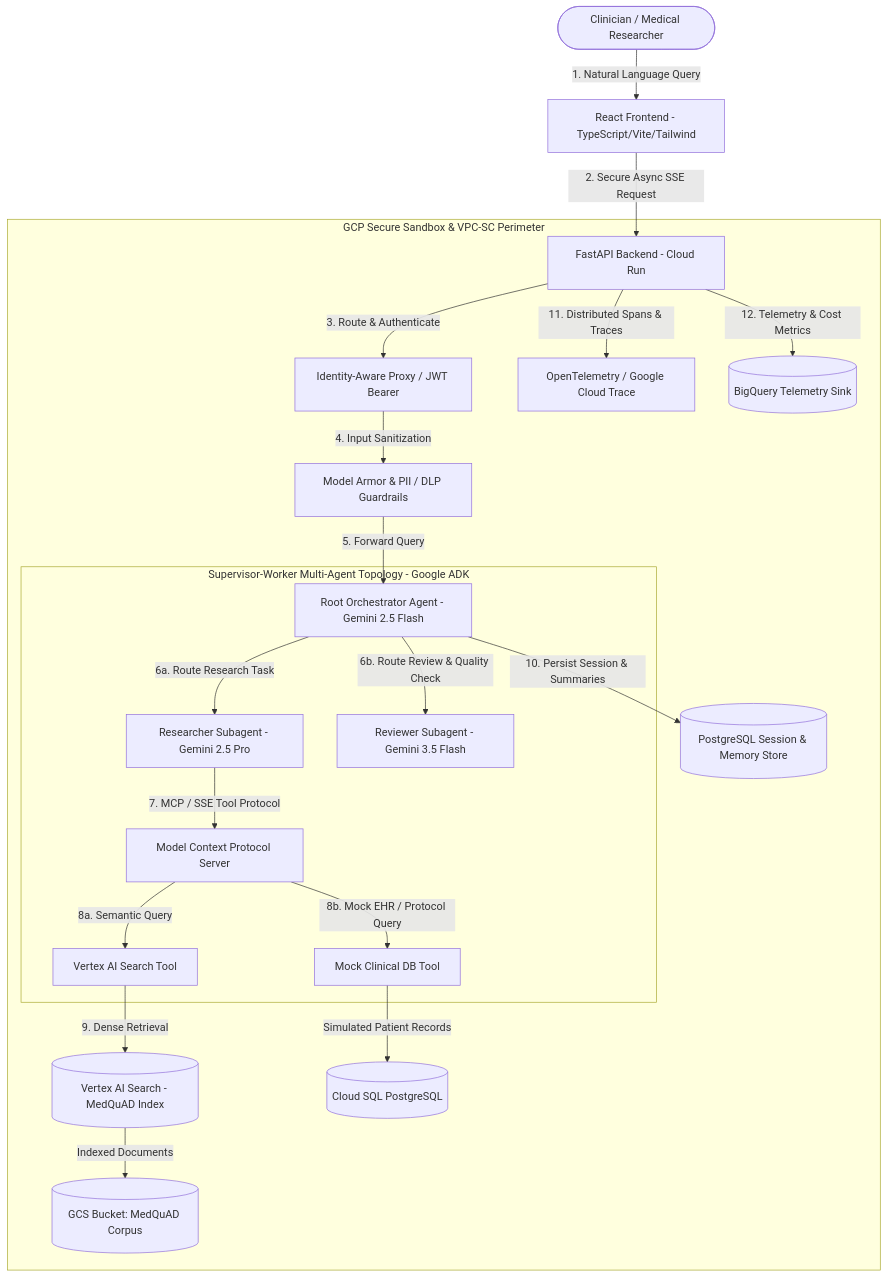
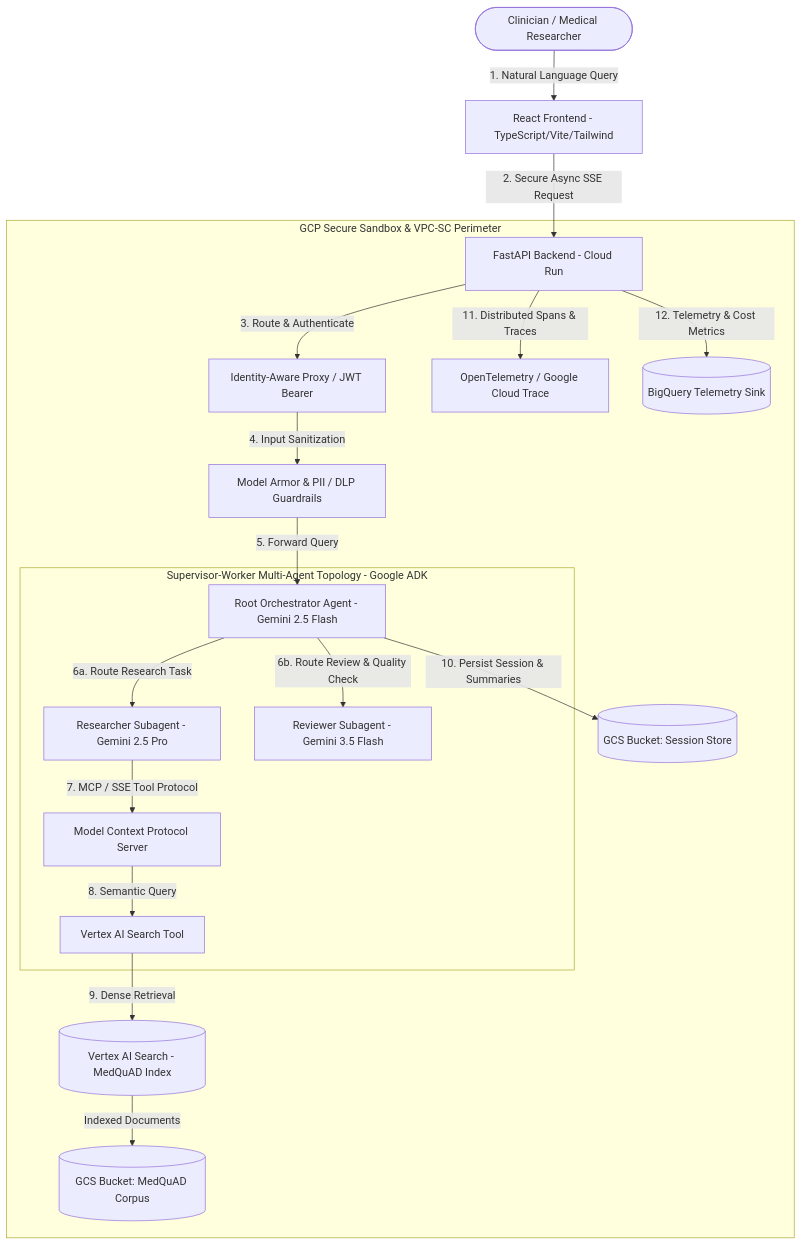
One commit to asadpatel-work/asadpatel-medquad changed the first of 4 diagrams in docs/architecture.md. Above: the diagram before and after it, drawn with Mermaid. The commit also changed other lines of this file and 36 other files, not shown here.

First line of the commit message:
feat(agents): natively integrate Google ADK and align architecture with MedQuAD corpus

````diff
--- a/docs/architecture.md
+++ b/docs/architecture.md
@@ -15,28 +15,26 @@
 ```mermaid
 graph TD
     User([Clinician / Medical Researcher]) -->|1. Natural Language Query| FE[React Frontend - TypeScript/Vite/Tailwind]
     FE -->|2. Secure Async SSE Request| BE[FastAPI Backend - Cloud Run]
     
     subgraph SecurityPerimeter [GCP Secure Sandbox & VPC-SC Perimeter]
         BE -->|3. Route & Authenticate| IAP[Identity-Aware Proxy / JWT Bearer]
         IAP -->|4. Input Sanitization| MA[Model Armor & PII / DLP Guardrails]
         MA -->|5. Forward Query| CO[Root Orchestrator Agent - Gemini 2.5 Flash]
         
         subgraph AgentTopology [Supervisor-Worker Multi-Agent Topology - Google ADK]
             CO -->|6a. Route Research Task| RA[Researcher Subagent - Gemini 2.5 Pro]
             CO -->|6b. Route Review & Quality Check| RE[Reviewer Subagent - Gemini 3.5 Flash]
             
             RA -->|7. MCP / SSE Tool Protocol| MCP[Model Context Protocol Server]
-            MCP -->|8a. Semantic Query| SearchTool[Vertex AI Search Tool]
-            MCP -->|8b. Mock EHR / Protocol Query| MockDBTool[Mock Clinical DB Tool]
+            MCP -->|8. Semantic Query| SearchTool[Vertex AI Search Tool]
         end
         
         SearchTool -->|9. Dense Retrieval| VAIS[(Vertex AI Search - MedQuAD Index)]
         VAIS -->|Indexed Documents| GCS[(GCS Bucket: MedQuAD Corpus)]
-        MockDBTool -->|Simulated Patient Records| CS[(Cloud SQL PostgreSQL)]
         
-        CO -->|10. Persist Session & Summaries| SessionDB[(PostgreSQL Session & Memory Store)]
+        CO -->|10. Persist Session & Summaries| SessionDB[(GCS Bucket: Session Store)]
         BE -->|11. Distributed Spans & Traces| OTEL[OpenTelemetry / Google Cloud Trace]
         BE -->|12. Telemetry & Cost Metrics| BQ[(BigQuery Telemetry Sink)]
     end
 ```
````
